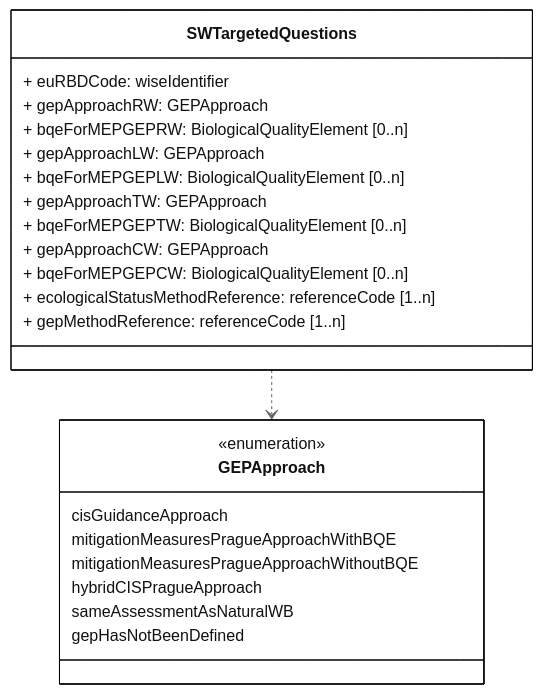
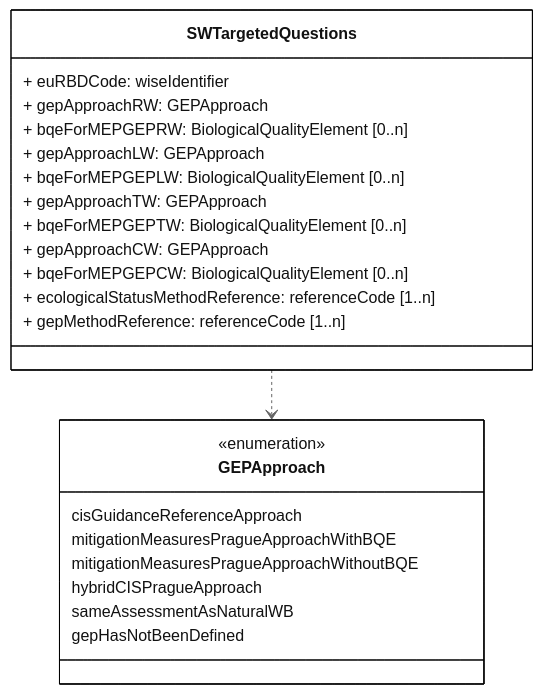
One commit to eeadata/WISE.WFD.Documentation changed the diagram in docs/DataModelReview/mmd/SurfaceWaterMethodologies_4thCycle_SWTargetedQuestions_ClassDiagram.mmd. Above: the diagram before and after it, drawn with Mermaid.

```diff
--- a/docs/DataModelReview/mmd/SurfaceWaterMethodologies_4thCycle_SWTargetedQuestions_ClassDiagram.mmd
+++ b/docs/DataModelReview/mmd/SurfaceWaterMethodologies_4thCycle_SWTargetedQuestions_ClassDiagram.mmd
@@ -1,38 +1,38 @@
 ---
 config:
   class:
     hideEmptyMembersBox: true
   layout: dagre
   theme: neutral
 ---
 classDiagram
 direction TB
 
 class SWTargetedQuestions{
   + euRBDCode: wiseIdentifier
   + gepApproachRW: GEPApproach
   + bqeForMEPGEPRW: BiologicalQualityElement [0..n]
   + gepApproachLW: GEPApproach
   + bqeForMEPGEPLW: BiologicalQualityElement [0..n]
   + gepApproachTW: GEPApproach
   + bqeForMEPGEPTW: BiologicalQualityElement [0..n]
   + gepApproachCW: GEPApproach
   + bqeForMEPGEPCW: BiologicalQualityElement [0..n]
   + ecologicalStatusMethodReference: referenceCode [1..n]
   + gepMethodReference: referenceCode [1..n]
 }
 
 class GEPApproach {
 <<enumeration>>
-cisGuidanceApproach
+cisGuidanceReferenceApproach
 mitigationMeasuresPragueApproachWithBQE
 mitigationMeasuresPragueApproachWithoutBQE
 hybridCISPragueApproach
 sameAssessmentAsNaturalWB
 gepHasNotBeenDefined
 }
 
 SWTargetedQuestions ..> GEPApproach
 
 classDef default fill:white,stroke:#000;
 classDef forFixing fill:white,stroke:#f00;
```
